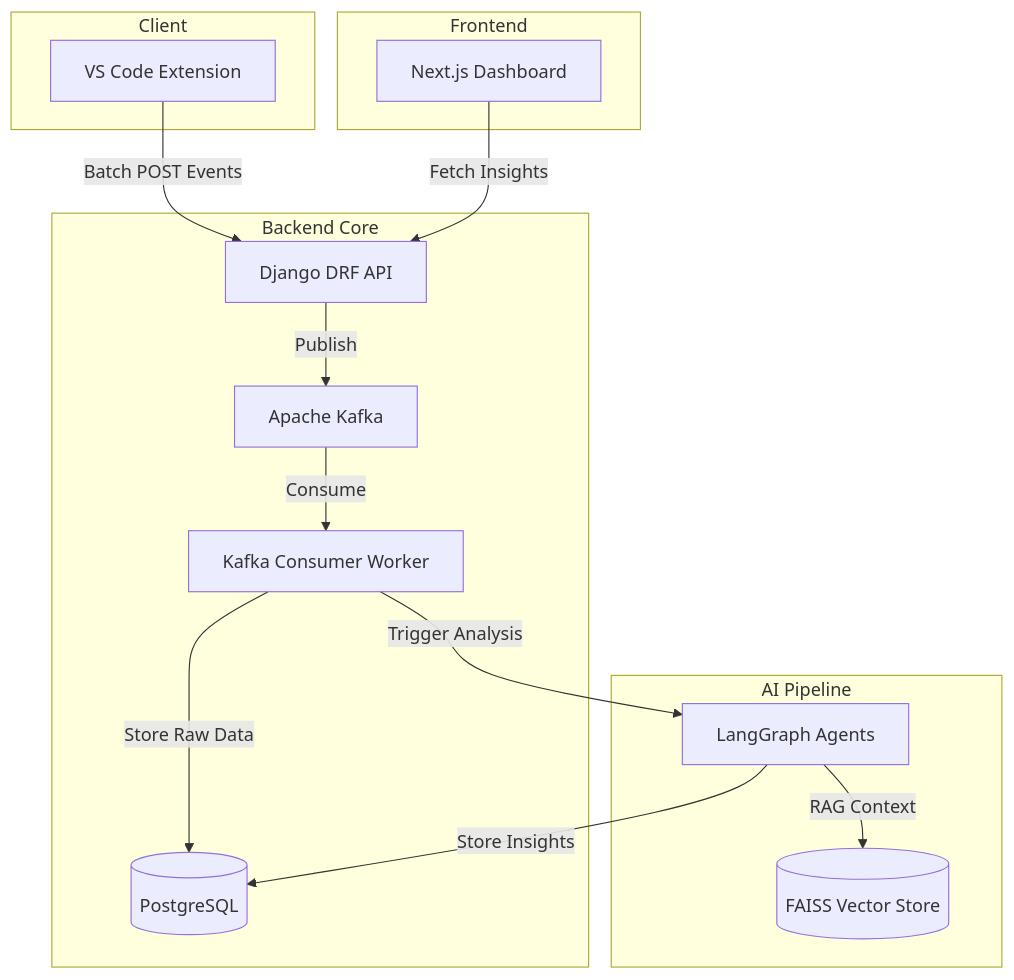
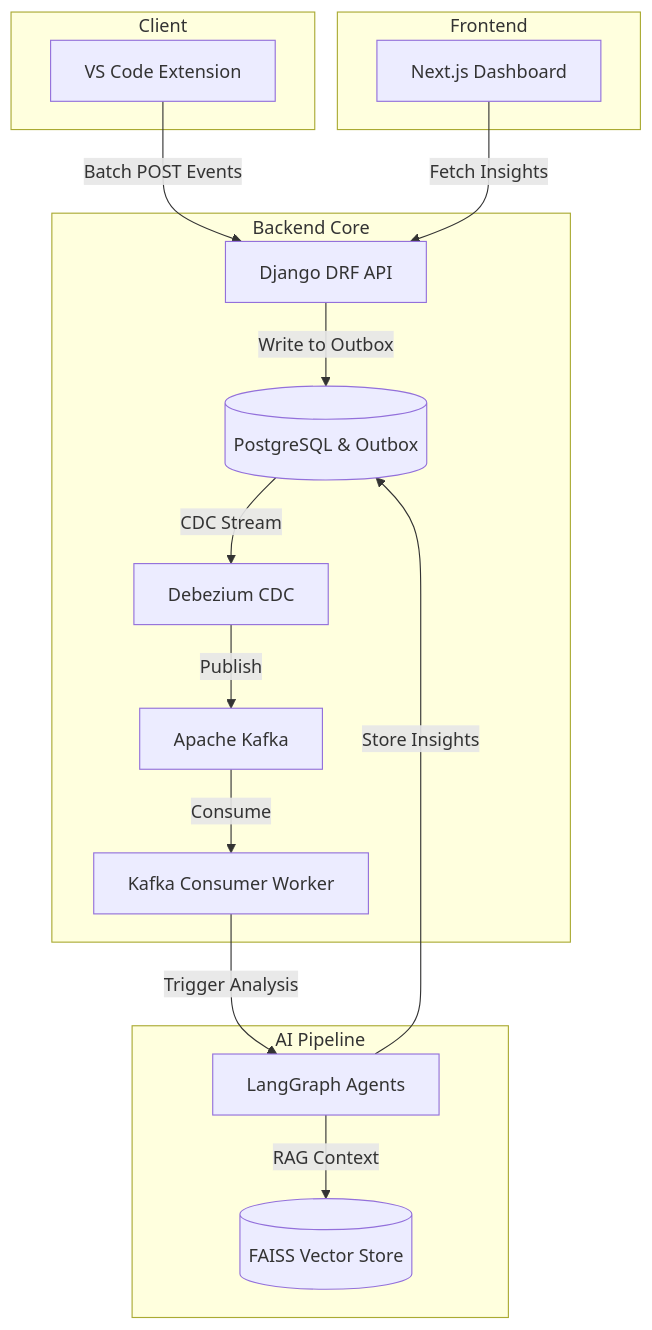
One commit to Nyx-abu/developer-dna changed the diagram in README.md. Above: the diagram before and after it, drawn with Mermaid. The commit also changed other lines of this file and 11 other files, not shown here.

Commit message:
feat: migrate to true cloud-native architecture with OpenTelemetry and Outbox pattern

````diff
--- a/README.md
+++ b/README.md
@@ -117,28 +118,30 @@
 ```mermaid
 graph TD;
     subgraph Client
         VSC[VS Code Extension]
     end
     subgraph Backend Core
         API[Django DRF API]
+        DB[(PostgreSQL & Outbox)]
+        Debezium[Debezium CDC]
         Kafka[Apache Kafka]
         Worker[Kafka Consumer Worker]
-        DB[(PostgreSQL)]
     end
     subgraph AI Pipeline
         LangGraph[LangGraph Agents]
         FAISS[(FAISS Vector Store)]
     end
     subgraph Frontend
         Next[Next.js Dashboard]
     end
 
     VSC -- Batch POST Events --> API
-    API -- Publish --> Kafka
+    API -- Write to Outbox --> DB
+    DB -- CDC Stream --> Debezium
+    Debezium -- Publish --> Kafka
     Kafka -- Consume --> Worker
-    Worker -- Store Raw Data --> DB
     Worker -- Trigger Analysis --> LangGraph
     LangGraph -- RAG Context --> FAISS
     LangGraph -- Store Insights --> DB
     Next -- Fetch Insights --> API
 ```
````
